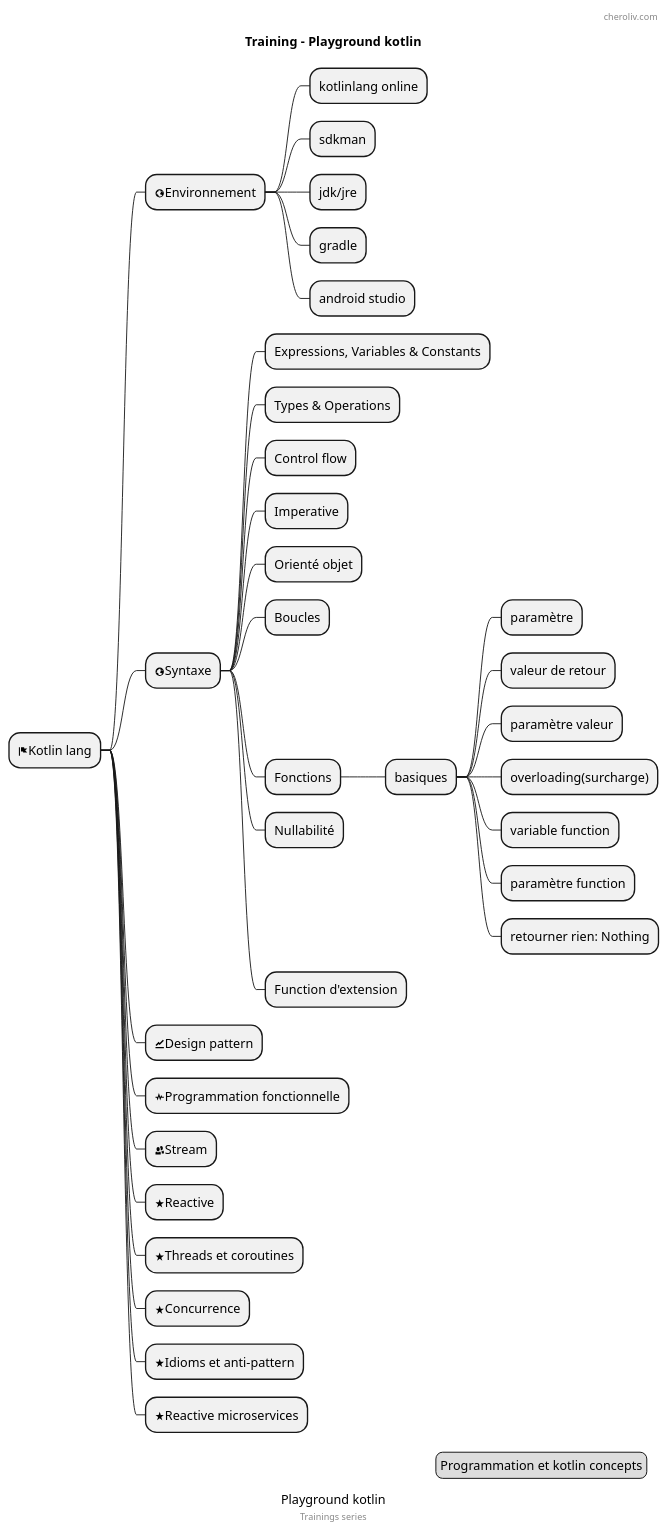
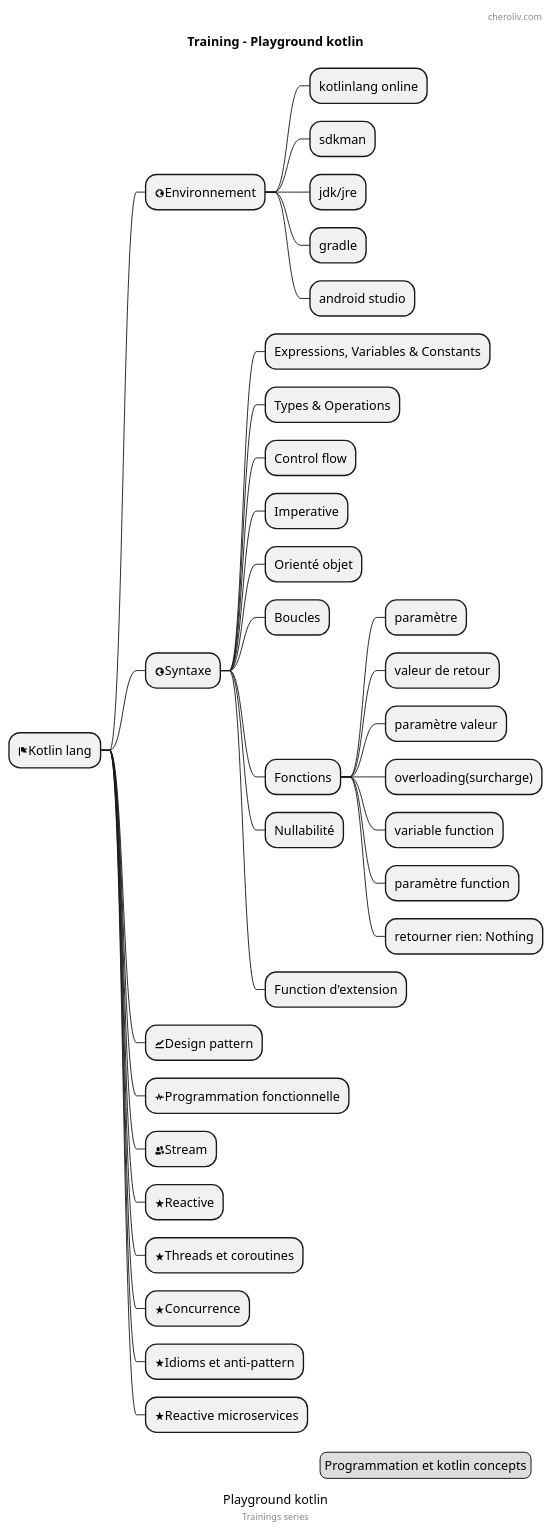
One commit to cheroliv/cheroliv.com changed the diagram in diagrams/training_kotlin.puml. Above: the diagram before and after it, drawn with PlantUML. The commit also changed 4 other files, not shown here.

```diff
--- a/diagrams/training_kotlin.puml
+++ b/diagrams/training_kotlin.puml
@@ -1,53 +1,52 @@
 @startmindmap
 'https://plantuml.com/mindmap-diagram
 
 caption Playground kotlin
 title Training - Playground kotlin
 
 * <&flag>Kotlin lang
 
 ** <&globe>Environnement
 *** kotlinlang online
 *** sdkman
 *** jdk/jre
 *** gradle
 *** android studio
 
 ** <&globe>Syntaxe
 *** Expressions, Variables & Constants
 *** Types & Operations
 *** Control flow
 *** Imperative
 *** Orienté objet
 *** Boucles
 *** Fonctions
-**** basiques
-***** paramètre
-***** valeur de retour
-***** paramètre valeur
-***** overloading(surcharge)
-***** variable function
-***** paramètre function
-***** retourner rien: Nothing
+**** paramètre
+**** valeur de retour
+**** paramètre valeur
+**** overloading(surcharge)
+**** variable function
+**** paramètre function
+**** retourner rien: Nothing
 *** Nullabilité
 *** Function d'extension
 ** <&graph>Design pattern
 ** <&pulse>Programmation fonctionnelle
 ** <&people>Stream
 ** <&star>Reactive
 ** <&star>Threads et coroutines
 ** <&star>Concurrence
 ** <&star>Idioms et anti-pattern
 ** <&star>Reactive microservices
 
 
 header
     cheroliv.com
 endheader
 
 center footer Trainings series
 
 legend right
   Programmation et kotlin concepts
 endlegend
 @endmindmap
```
